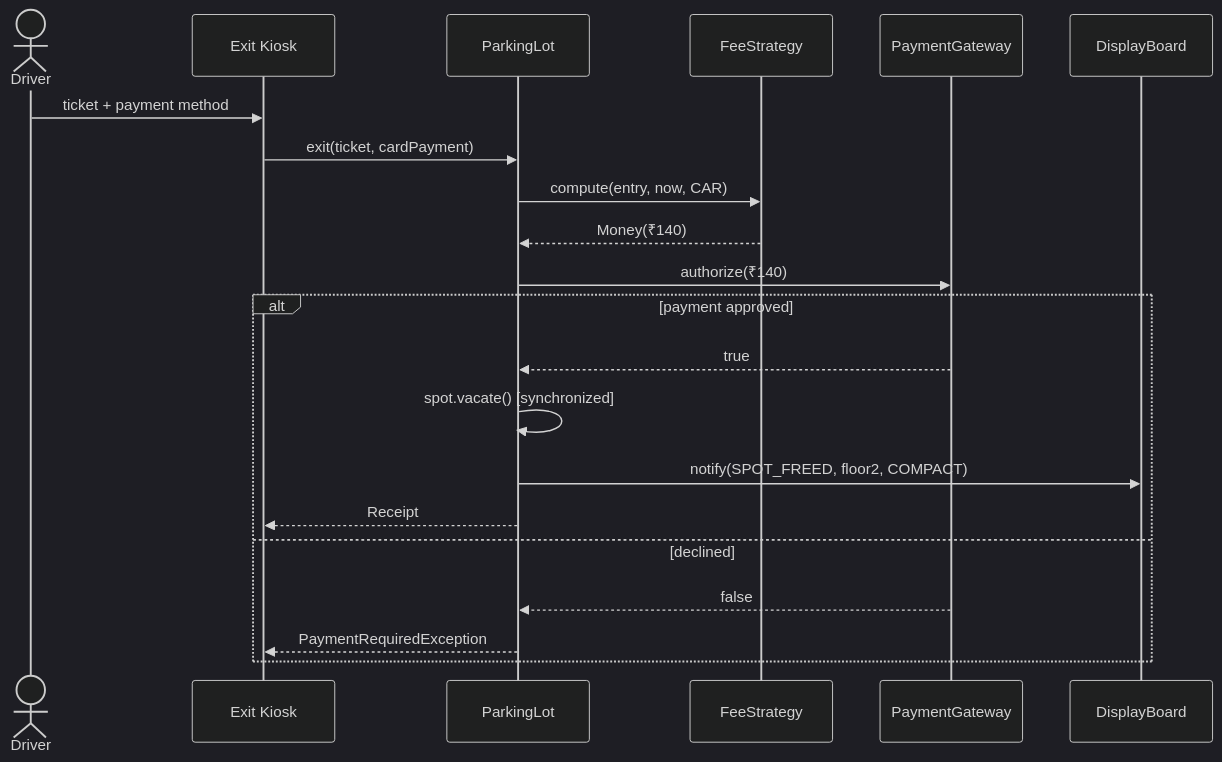
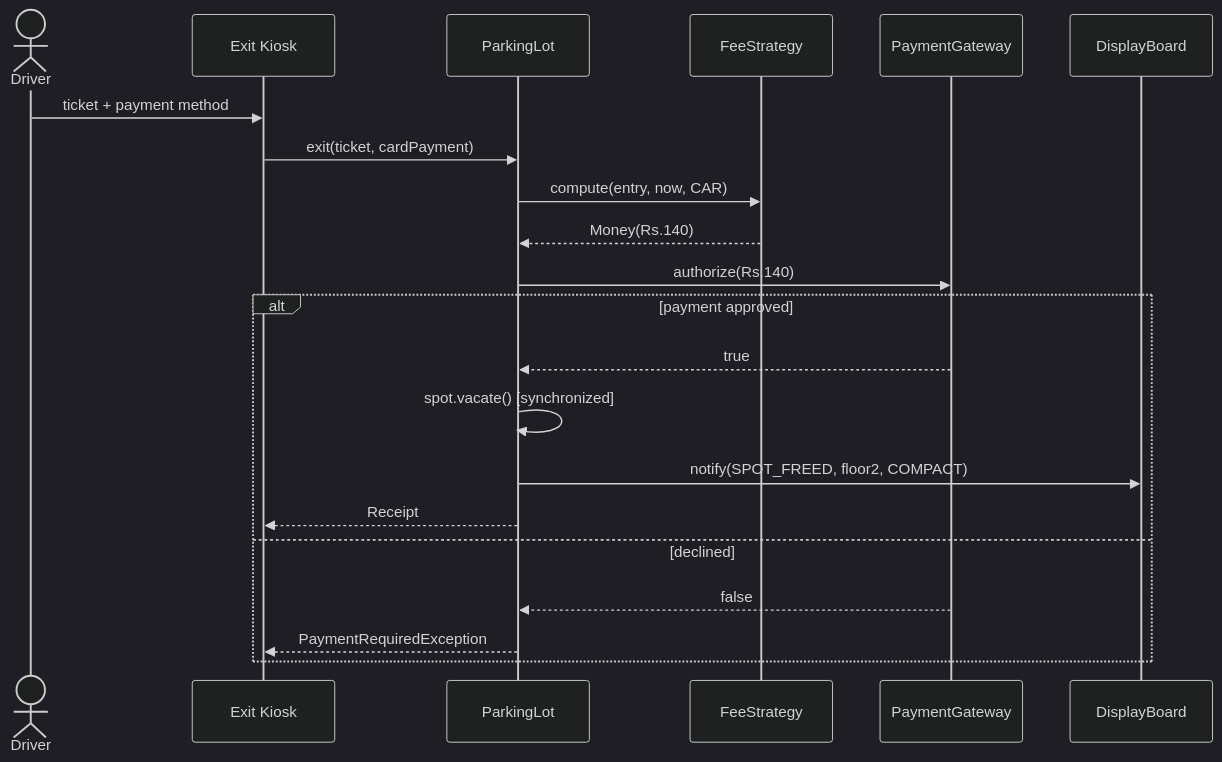
Before and after one commit to iamitgupta/system-design-LLD-basic: the third of 36 diagrams in Readme.md, drawn with Mermaid (dark theme). The commit also changed other lines of this file, not shown here.

````diff
--- a/Readme.md
+++ b/Readme.md
@@ -179,24 +179,24 @@
 ```mermaid
 sequenceDiagram
-    actor Driver
-    participant X as Exit Kiosk
-    participant PL as ParkingLot
-    participant FC as FeeStrategy
-    participant GW as PaymentGateway
-    participant DB as DisplayBoard
+ actor Driver
+ participant X as Exit Kiosk
+ participant PL as ParkingLot
+ participant FC as FeeStrategy
+ participant GW as PaymentGateway
+ participant DB as DisplayBoard
 
-    Driver->>X: ticket + payment method
-    X->>PL: exit(ticket, cardPayment)
-    PL->>FC: compute(entry, now, CAR)
-    FC-->>PL: Money(₹140)
-    PL->>GW: authorize(₹140)
-    alt payment approved
-        GW-->>PL: true
-        PL->>PL: spot.vacate() [synchronized]
-        PL->>DB: notify(SPOT_FREED, floor2, COMPACT)
-        PL-->>X: Receipt
-    else declined
-        GW-->>PL: false
-        PL-->>X: PaymentRequiredException
-    end
+ Driver->>X: ticket + payment method
+ X->>PL: exit(ticket, cardPayment)
+ PL->>FC: compute(entry, now, CAR)
+ FC-->>PL: Money(Rs.140)
+ PL->>GW: authorize(Rs.140)
+ alt payment approved
+ GW-->>PL: true
+ PL->>PL: spot.vacate() [synchronized]
+ PL->>DB: notify(SPOT_FREED, floor2, COMPACT)
+ PL-->>X: Receipt
+ else declined
+ GW-->>PL: false
+ PL-->>X: PaymentRequiredException
+ end
 ```
````
